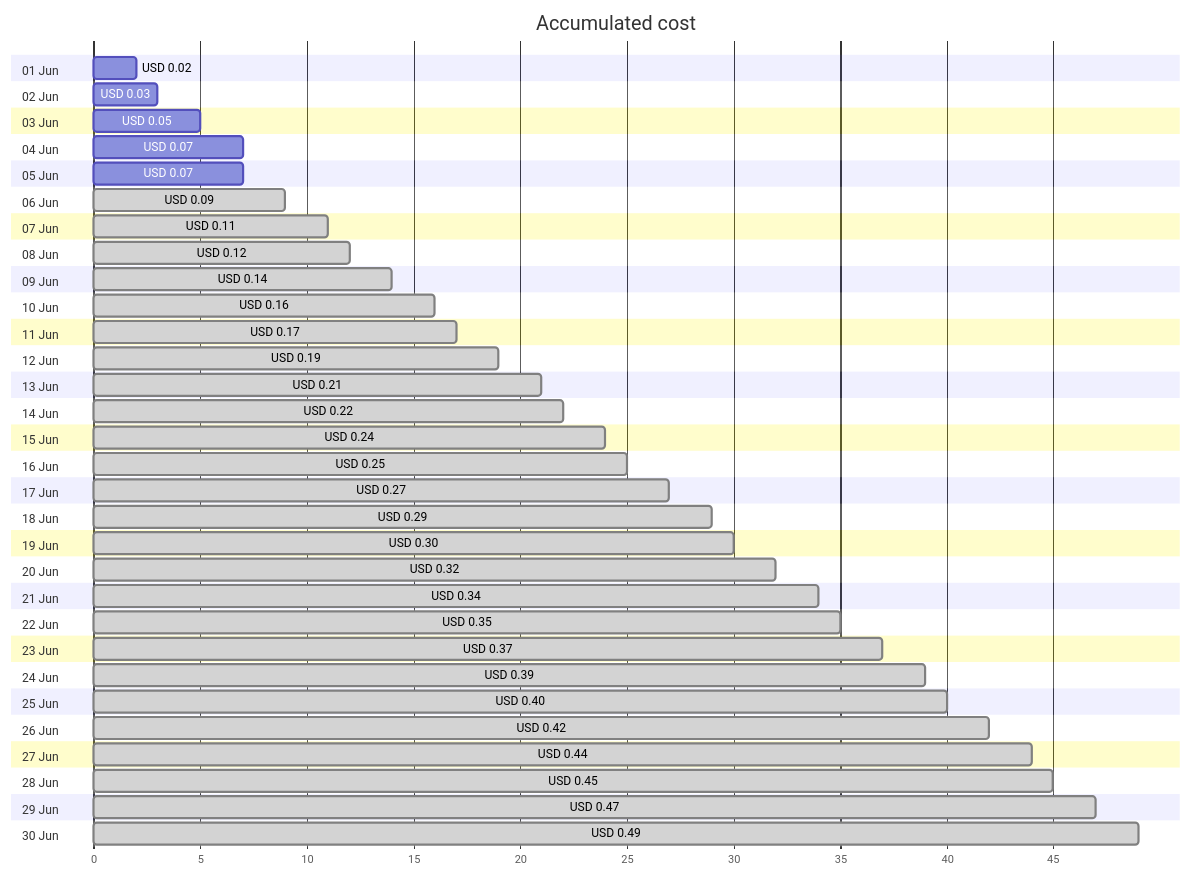
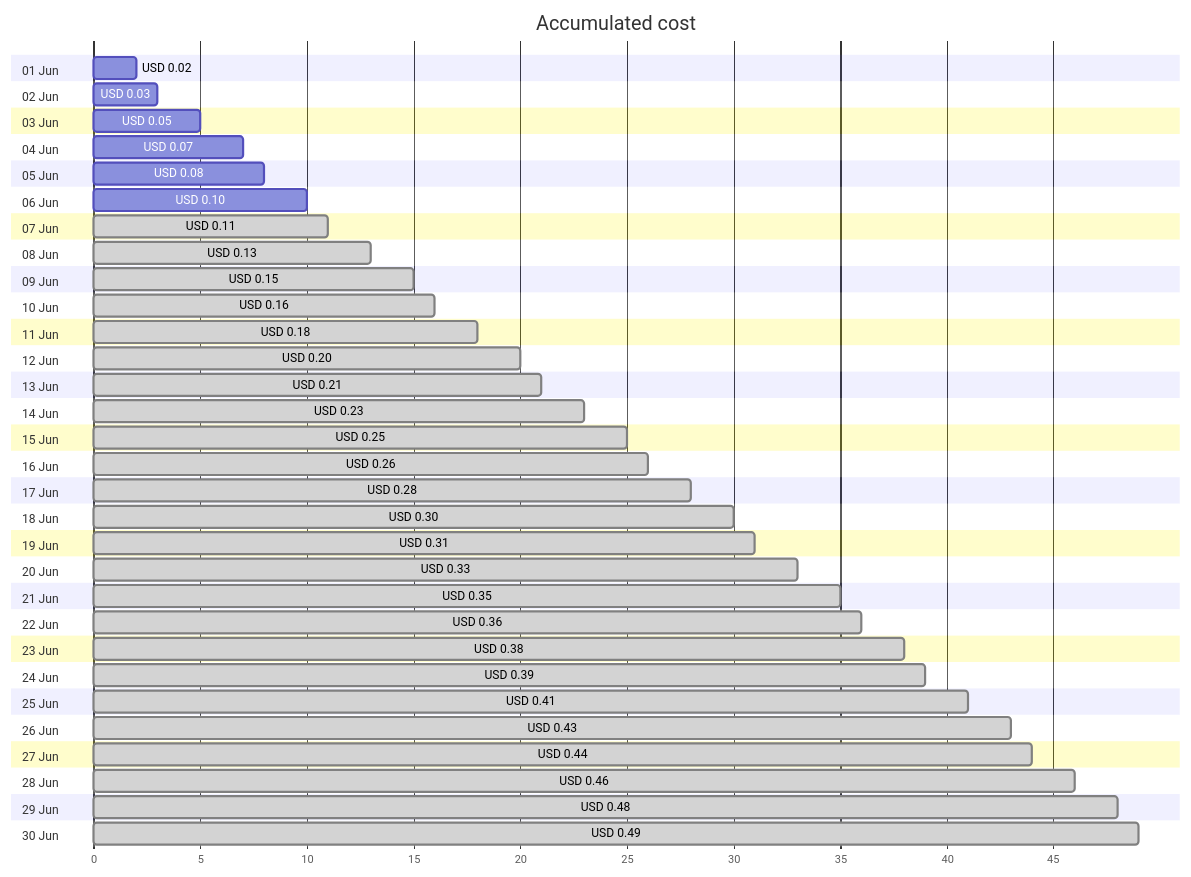
The first of 4 diagrams in cost-reports/personal-dns/jpatrickfulton.dev.md (jpfulton/azure-personal-reports), drawn with Mermaid before and after one commit. The commit also changed other lines of this file and 2 other files, not shown here.

Commit message:
Generated reports [skip ci]

````diff
--- a/cost-reports/personal-dns/jpatrickfulton.dev.md
+++ b/cost-reports/personal-dns/jpatrickfulton.dev.md
@@ -20,66 +20,66 @@
 ```mermaid
 gantt
    title Accumulated cost
    dateFormat  X
    axisFormat %s
    section 01 Jun
    USD 0.02 :0, 2
    section 02 Jun
    USD 0.03 :0, 3
    section 03 Jun
    USD 0.05 :0, 5
    section 04 Jun
    USD 0.07 :0, 7
    section 05 Jun
-   USD 0.07 :0, 7
+   USD 0.08 :0, 8
    section 06 Jun
-   USD 0.09 : done, 0, 9
+   USD 0.10 :0, 10
    section 07 Jun
    USD 0.11 : done, 0, 11
    section 08 Jun
-   USD 0.12 : done, 0, 12
+   USD 0.13 : done, 0, 13
    section 09 Jun
-   USD 0.14 : done, 0, 14
+   USD 0.15 : done, 0, 15
    section 10 Jun
    USD 0.16 : done, 0, 16
    section 11 Jun
-   USD 0.17 : done, 0, 17
+   USD 0.18 : done, 0, 18
    section 12 Jun
-   USD 0.19 : done, 0, 19
+   USD 0.20 : done, 0, 20
    section 13 Jun
    USD 0.21 : done, 0, 21
    section 14 Jun
-   USD 0.22 : done, 0, 22
+   USD 0.23 : done, 0, 23
    section 15 Jun
-   USD 0.24 : done, 0, 24
+   USD 0.25 : done, 0, 25
    section 16 Jun
-   USD 0.25 : done, 0, 25
+   USD 0.26 : done, 0, 26
    section 17 Jun
-   USD 0.27 : done, 0, 27
+   USD 0.28 : done, 0, 28
    section 18 Jun
-   USD 0.29 : done, 0, 29
+   USD 0.30 : done, 0, 30
    section 19 Jun
-   USD 0.30 : done, 0, 30
+   USD 0.31 : done, 0, 31
    section 20 Jun
-   USD 0.32 : done, 0, 32
+   USD 0.33 : done, 0, 33
    section 21 Jun
-   USD 0.34 : done, 0, 34
+   USD 0.35 : done, 0, 35
    section 22 Jun
-   USD 0.35 : done, 0, 35
+   USD 0.36 : done, 0, 36
    section 23 Jun
-   USD 0.37 : done, 0, 37
+   USD 0.38 : done, 0, 38
    section 24 Jun
    USD 0.39 : done, 0, 39
    section 25 Jun
-   USD 0.40 : done, 0, 40
+   USD 0.41 : done, 0, 41
    section 26 Jun
-   USD 0.42 : done, 0, 42
+   USD 0.43 : done, 0, 43
    section 27 Jun
    USD 0.44 : done, 0, 44
    section 28 Jun
-   USD 0.45 : done, 0, 45
+   USD 0.46 : done, 0, 46
    section 29 Jun
-   USD 0.47 : done, 0, 47
+   USD 0.48 : done, 0, 48
    section 30 Jun
    USD 0.49 : done, 0, 49
 ```
````
